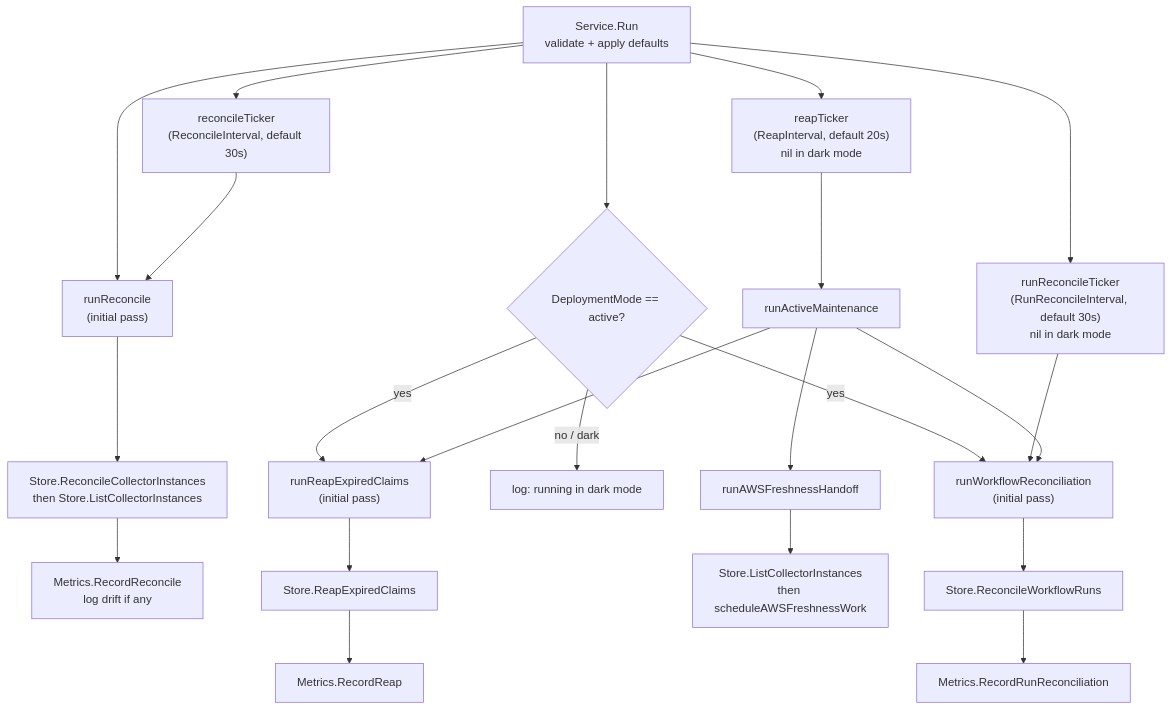
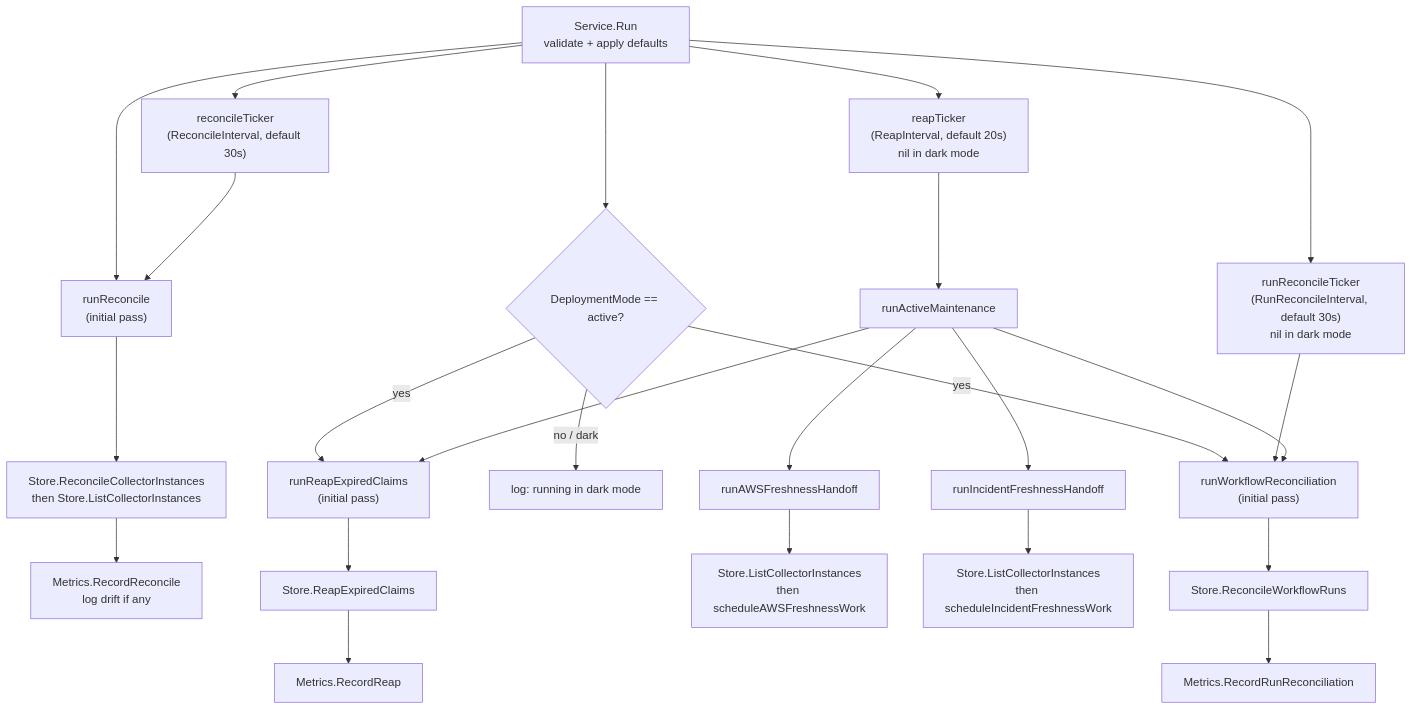
The second of 2 diagrams in go/internal/coordinator/README.md (eshu-hq/eshu), drawn with Mermaid before and after one commit. The commit also changed other lines of this file and 48 other files, not shown here.

Commit message:
feat: add incident webhook freshness triggers

````diff
--- a/go/internal/coordinator/README.md
+++ b/go/internal/coordinator/README.md
@@ -28,24 +29,26 @@
 ```mermaid
 flowchart TB
   A["Service.Run\nvalidate + apply defaults"] --> B["runReconcile\n(initial pass)"]
   A --> C{"DeploymentMode == active?"}
   C -- yes --> D["runReapExpiredClaims\n(initial pass)"]
   C -- yes --> E["runWorkflowReconciliation\n(initial pass)"]
   C -- no / dark --> F["log: running in dark mode"]
   A --> G["reconcileTicker\n(ReconcileInterval, default 30s)"]
   G --> B
   A --> H["runReconcileTicker\n(RunReconcileInterval, default 30s)\nnil in dark mode"]
   H --> E
   A --> I["reapTicker\n(ReapInterval, default 20s)\nnil in dark mode"]
   I --> P["runActiveMaintenance"]
   P --> D
   P --> Q["runAWSFreshnessHandoff"]
+  P --> R["runIncidentFreshnessHandoff"]
   P --> E
   B --> J["Store.ReconcileCollectorInstances\nthen Store.ListCollectorInstances"]
   J --> K["Metrics.RecordReconcile\nlog drift if any"]
   D --> L["Store.ReapExpiredClaims"]
   L --> M["Metrics.RecordReap"]
-  Q --> R["Store.ListCollectorInstances\nthen scheduleAWSFreshnessWork"]
+  Q --> S["Store.ListCollectorInstances\nthen scheduleAWSFreshnessWork"]
+  R --> T["Store.ListCollectorInstances\nthen scheduleIncidentFreshnessWork"]
   E --> N["Store.ReconcileWorkflowRuns"]
   N --> O["Metrics.RecordRunReconciliation"]
 ```
````
